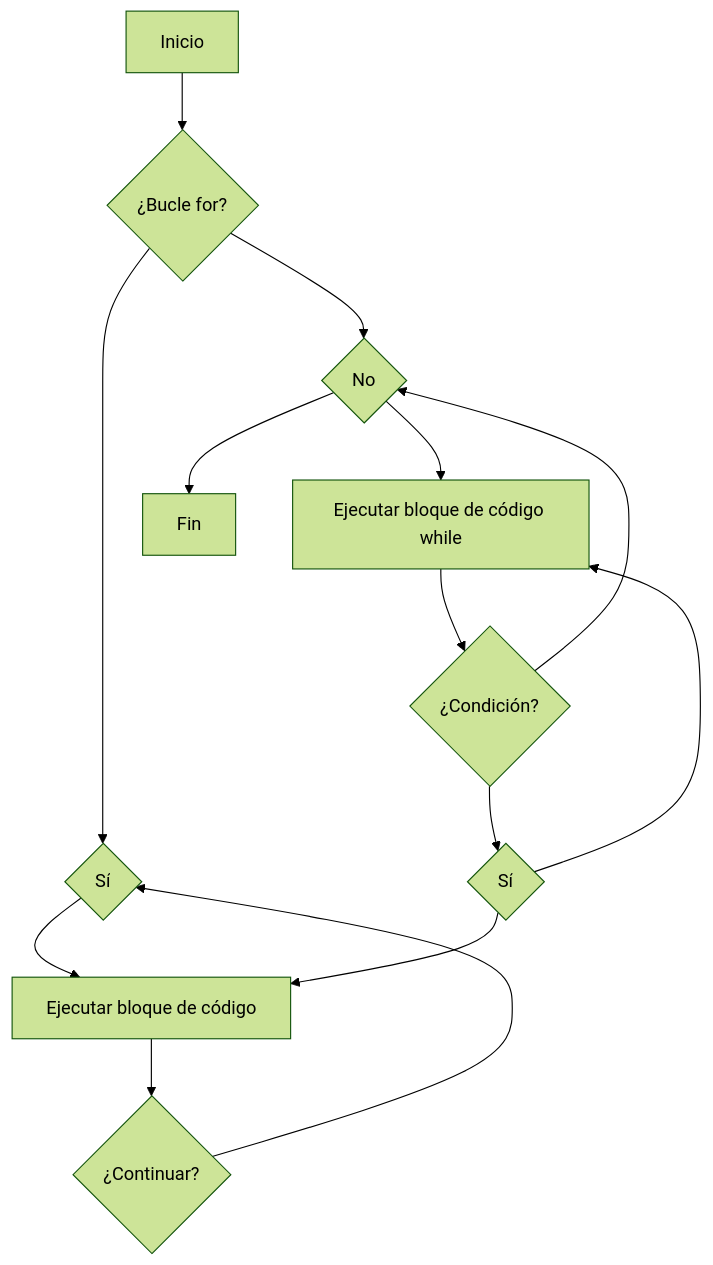
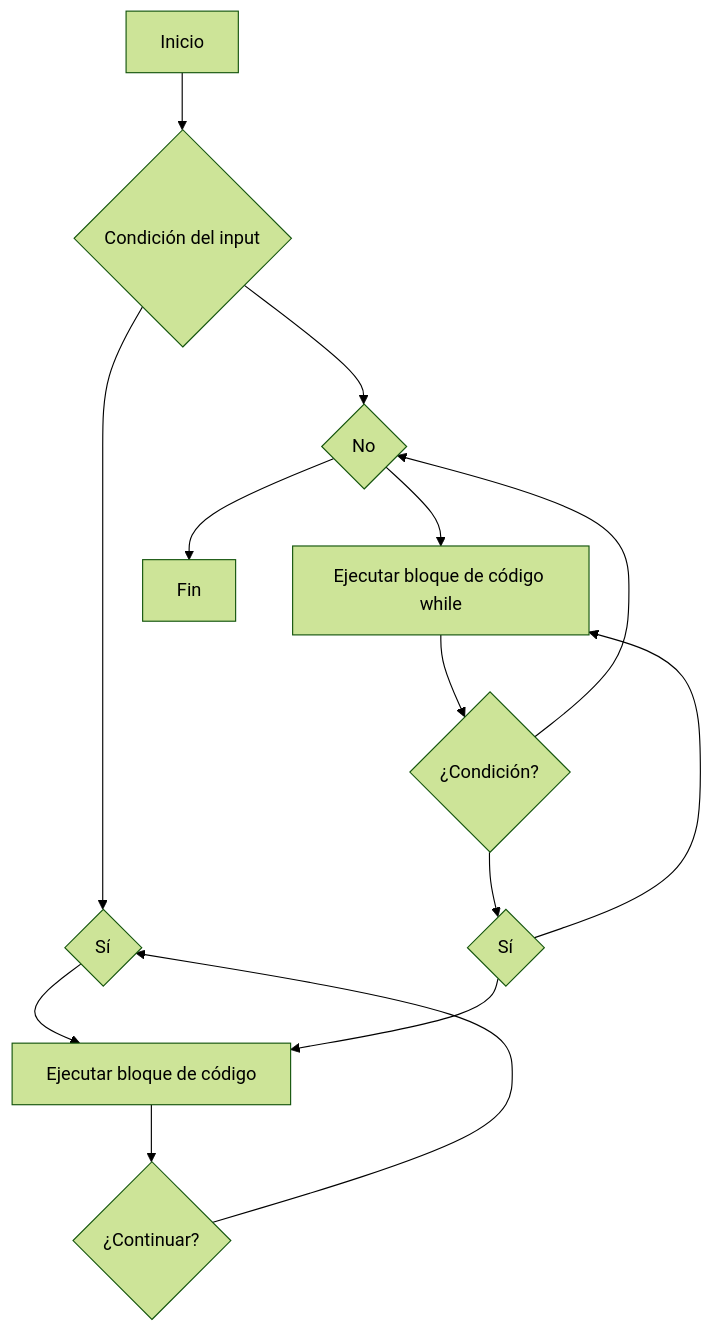
One commit to jelincovil/A_course_R_programming_2024 changed the diagram in Unidad III/README.md. Above: the diagram before and after it, drawn with Mermaid (forest theme). The commit also changed other lines of this file, not shown here.

````diff
--- a/Unidad III/README.md
+++ b/Unidad III/README.md
@@ -14,14 +14,14 @@
 ```mermaid
 graph TD
-A[Inicio] --> B{¿Bucle for?}
+A[Inicio] --> B{Condición del input}
 B --> C{Sí} --> D[Ejecutar bloque de código]
 D --> E{¿Continuar?}
 E --> C
 B --> F{No} --> G[Ejecutar bloque de código while]
 H{¿Condición?}
 G --> H
 H --> I{Sí} --> D
 H --> F
 I --> G
 F --> J[Fin]
 ```
````
